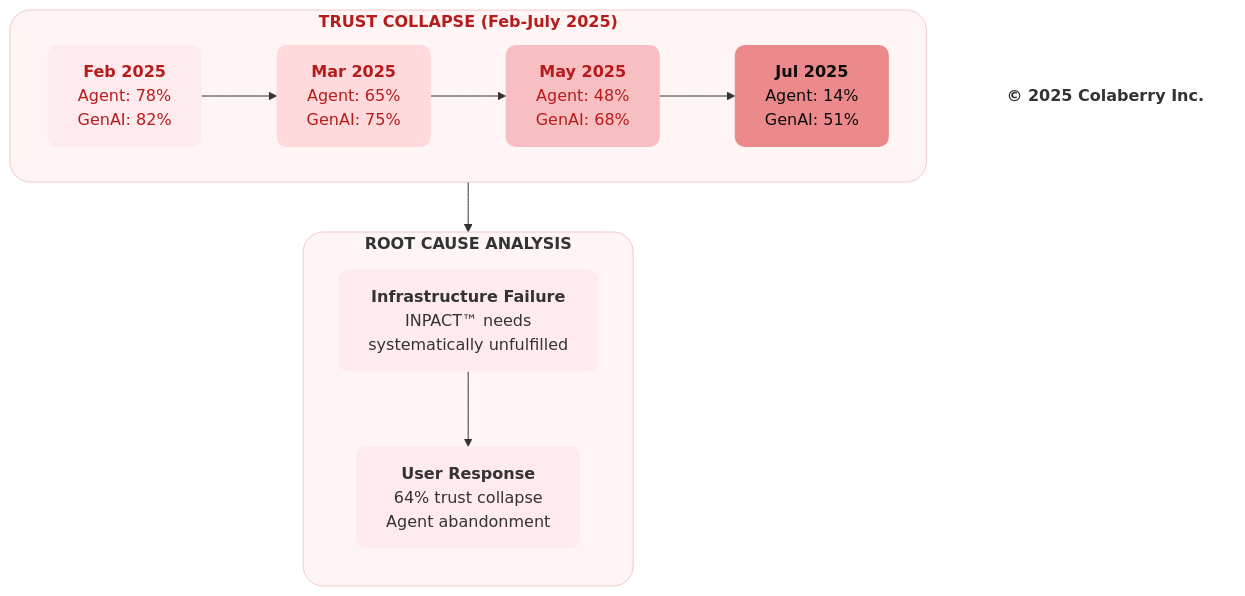
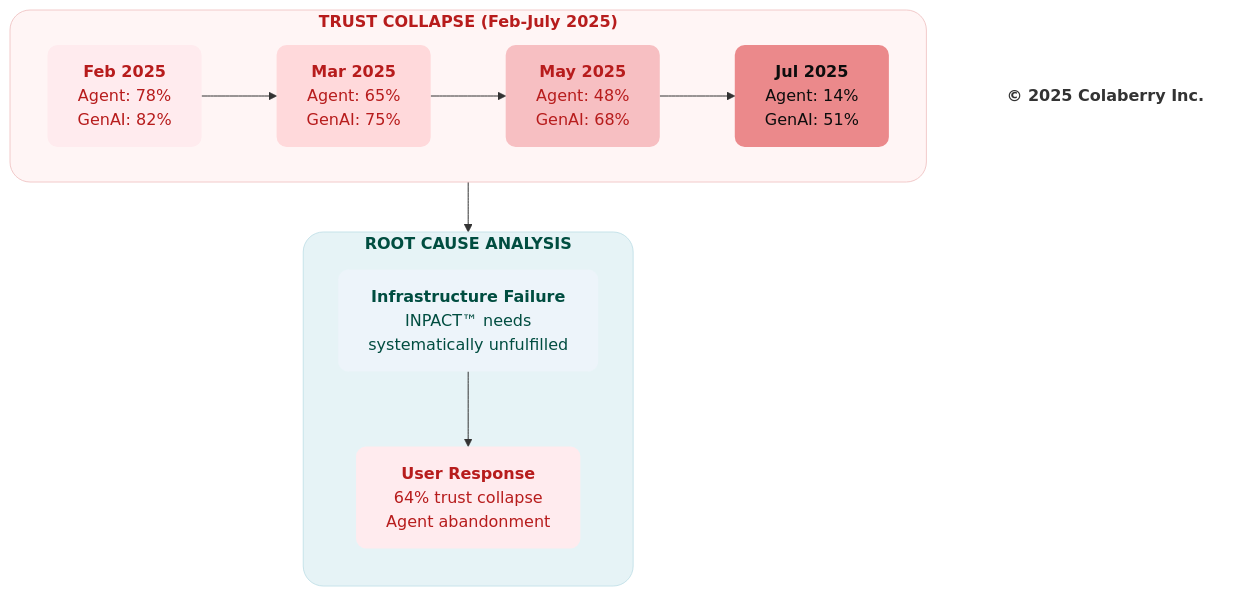
The diagram in mermaid-source/figure-1-1.mmd (saitejesh-cyber/trust-before-intelligence-book), drawn with Mermaid before and after one commit. The commit also changed 1 other file, not shown here.

Commit message:
Adjust figure 1-1 root cause section to gap-style colors

```diff
--- a/mermaid-source/figure-1-1.mmd
+++ b/mermaid-source/figure-1-1.mmd
@@ -1,39 +1,39 @@
 graph TB
     subgraph timeline["<b>TRUST COLLAPSE (Feb-July 2025)</b>"]
         direction LR
         
         FEB["<b>Feb 2025</b><br/>Agent: 78%<br/>GenAI: 82%"]
         
         MAR["<b>Mar 2025</b><br/>Agent: 65%<br/>GenAI: 75%"]
         
         MAY["<b>May 2025</b><br/>Agent: 48%<br/>GenAI: 68%"]
         
         JUL["<b>Jul 2025</b><br/>Agent: 14%<br/>GenAI: 51%"]
         
         FEB --> MAR --> MAY --> JUL
     end
     
     subgraph analysis["<b>ROOT CAUSE ANALYSIS</b>"]
         direction TB
         
         CAUSE["<b>Infrastructure Failure</b><br/>INPACT™ needs<br/>systematically unfulfilled"]
         
         RESULT["<b>User Response</b><br/>64% trust collapse<br/>Agent abandonment"]
         
         CAUSE --> RESULT
     end
     
     timeline --> analysis
 
     style timeline fill:#fff5f5,stroke:#f2caca,stroke-width:1px,color:#b71c1c,rx:20,ry:20
     style FEB fill:#ffebee,stroke:none,color:#b71c1c,rx:10,ry:10
     style MAR fill:#ffd9db,stroke:none,color:#b71c1c,rx:10,ry:10
     style MAY fill:#f7bfc2,stroke:none,color:#b71c1c,rx:10,ry:10
     style JUL fill:#eb898b,stroke:none,color:#0D0D0D,rx:10,ry:10
 
-    style analysis fill:#fff5f5,stroke:#f2caca,stroke-width:1px,color:#333333,rx:20,ry:20
-    style CAUSE fill:#ffebee,stroke:none,color:#333333,rx:10,ry:10
-    style RESULT fill:#ffebee,stroke:none,color:#333333,rx:10,ry:10
+    style analysis fill:#e6f3f6,stroke:#c7e3ea,stroke-width:1px,color:#004d40,rx:20,ry:20
+    style CAUSE fill:#edf4fa,stroke:none,color:#004d40,rx:10,ry:10
+    style RESULT fill:#ffebee,stroke:none,color:#b71c1c,rx:10,ry:10
 
     Copyright["<b>© 2025 Colaberry Inc.</b>"]
     style Copyright fill:none,stroke:none,color:#333333
```
